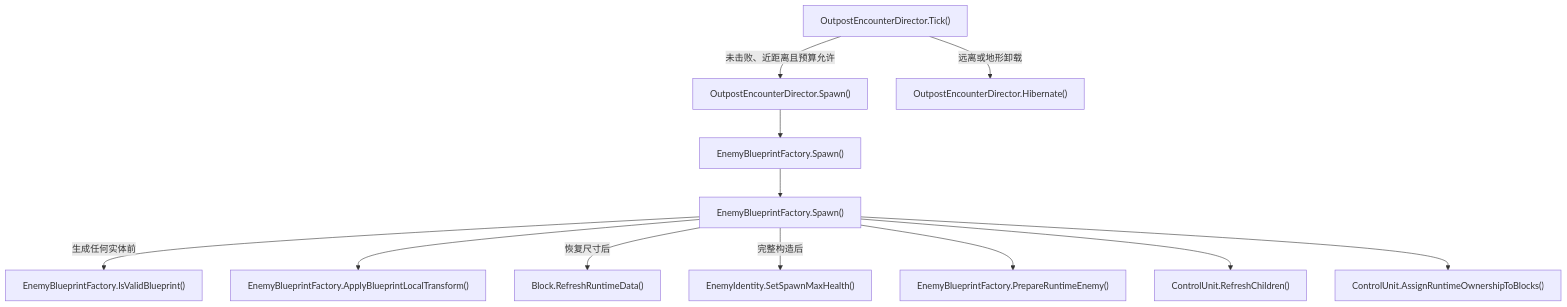
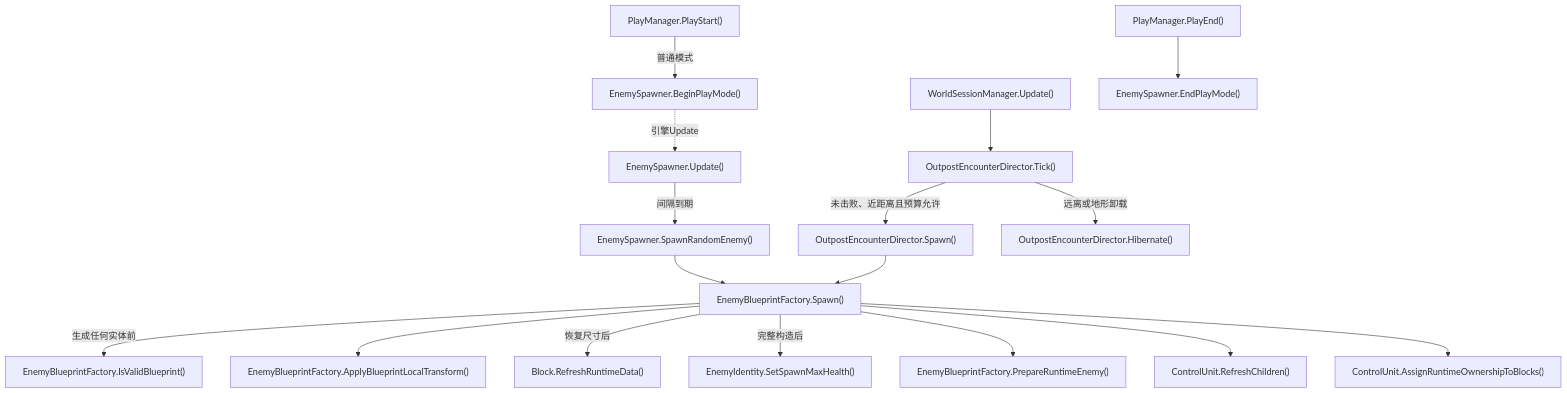
Before and after one commit to kukudia/HY-Sandbox: diagram 27 of 30 in Docs/RuntimeFlow.md, drawn with Mermaid. The commit also changed other lines of this file and 9 other files, not shown here.

````diff
--- a/Docs/RuntimeFlow.md
+++ b/Docs/RuntimeFlow.md
@@ -2444,38 +2444,55 @@
 ```mermaid
 flowchart TD
-    A["OutpostEncounterDirector.Tick()"]
-    click A "../Assets/Scripts/Features/World/OutpostEncounterDirector.cs#L51" "打开源码"
-    B["OutpostEncounterDirector.Spawn()"]
-    click B "../Assets/Scripts/Features/World/OutpostEncounterDirector.cs#L170" "打开源码"
-    C["EnemyBlueprintFactory.IsValidBlueprint()"]
-    click C "../Assets/Scripts/Features/Combat/EnemyBlueprintFactory.cs#L8" "打开源码"
-    D["EnemyBlueprintFactory.Spawn()"]
-    click D "../Assets/Scripts/Features/Combat/EnemyBlueprintFactory.cs#L41" "打开源码"
-    E["EnemyBlueprintFactory.Spawn()"]
-    click E "../Assets/Scripts/Features/Combat/EnemyBlueprintFactory.cs#L41" "打开源码"
-    F["EnemyBlueprintFactory.ApplyBlueprintLocalTransform()"]
-    click F "../Assets/Scripts/Features/Combat/EnemyBlueprintFactory.cs#L148" "打开源码"
-    G["Block.RefreshRuntimeData()"]
-    click G "../Assets/Scripts/Features/Simulation/Block.cs#L123" "打开源码"
-    H["EnemyBlueprintFactory.PrepareRuntimeEnemy()"]
-    click H "../Assets/Scripts/Features/Combat/EnemyBlueprintFactory.cs#L210" "打开源码"
-    I["ControlUnit.RefreshChildren()"]
-    click I "../Assets/Scripts/Features/Simulation/ControlUnit.cs#L159" "打开源码"
-    J["ControlUnit.AssignRuntimeOwnershipToBlocks()"]
-    click J "../Assets/Scripts/Features/Simulation/ControlUnit.cs#L209" "打开源码"
-    K["EnemyIdentity.SetSpawnMaxHealth()"]
-    click K "../Assets/Scripts/Features/Combat/EnemyIdentity.cs#L31" "打开源码"
-    L["OutpostEncounterDirector.Hibernate()"]
-    click L "../Assets/Scripts/Features/World/OutpostEncounterDirector.cs#L293" "打开源码"
-    A -->|未击败、近距离且预算允许| B
-    B --> D
-    A -->|远离或地形卸载| L
-    D --> E
-    E -->|生成任何实体前| C
+    A["PlayManager.PlayStart()"]
+    click A "../Assets/Scripts/Features/Simulation/PlayManager.cs#L87" "打开源码"
+    B["EnemySpawner.BeginPlayMode()"]
+    click B "../Assets/Scripts/Features/Combat/EnemySpawner.cs#L41" "打开源码"
+    C["EnemySpawner.Update()"]
+    click C "../Assets/Scripts/Features/Combat/EnemySpawner.cs#L26" "打开源码"
+    D["EnemySpawner.SpawnRandomEnemy()"]
+    click D "../Assets/Scripts/Features/Combat/EnemySpawner.cs#L110" "打开源码"
+    E["WorldSessionManager.Update()"]
+    click E "../Assets/Scripts/Features/World/WorldSessionManager.cs#L415" "打开源码"
+    F["OutpostEncounterDirector.Tick()"]
+    click F "../Assets/Scripts/Features/World/OutpostEncounterDirector.cs#L51" "打开源码"
+    G["OutpostEncounterDirector.Spawn()"]
+    click G "../Assets/Scripts/Features/World/OutpostEncounterDirector.cs#L170" "打开源码"
+    H["EnemyBlueprintFactory.IsValidBlueprint()"]
+    click H "../Assets/Scripts/Features/Combat/EnemyBlueprintFactory.cs#L8" "打开源码"
+    I["EnemyBlueprintFactory.Spawn()"]
+    click I "../Assets/Scripts/Features/Combat/EnemyBlueprintFactory.cs#L41" "打开源码"
+    J["EnemyBlueprintFactory.ApplyBlueprintLocalTransform()"]
+    click J "../Assets/Scripts/Features/Combat/EnemyBlueprintFactory.cs#L148" "打开源码"
+    K["Block.RefreshRuntimeData()"]
+    click K "../Assets/Scripts/Features/Simulation/Block.cs#L123" "打开源码"
+    L["EnemyBlueprintFactory.PrepareRuntimeEnemy()"]
+    click L "../Assets/Scripts/Features/Combat/EnemyBlueprintFactory.cs#L210" "打开源码"
+    M["ControlUnit.RefreshChildren()"]
+    click M "../Assets/Scripts/Features/Simulation/ControlUnit.cs#L159" "打开源码"
+    N["ControlUnit.AssignRuntimeOwnershipToBlocks()"]
+    click N "../Assets/Scripts/Features/Simulation/ControlUnit.cs#L209" "打开源码"
+    O["EnemyIdentity.SetSpawnMaxHealth()"]
+    click O "../Assets/Scripts/Features/Combat/EnemyIdentity.cs#L31" "打开源码"
+    P["OutpostEncounterDirector.Hibernate()"]
+    click P "../Assets/Scripts/Features/World/OutpostEncounterDirector.cs#L293" "打开源码"
+    Q["PlayManager.PlayEnd()"]
+    click Q "../Assets/Scripts/Features/Simulation/PlayManager.cs#L268" "打开源码"
+    R["EnemySpawner.EndPlayMode()"]
+    click R "../Assets/Scripts/Features/Combat/EnemySpawner.cs#L57" "打开源码"
+    A -->|普通模式| B
+    B -.->|引擎Update| C
+    C -->|间隔到期| D
+    D --> I
     E --> F
-    E -->|恢复尺寸后| G
-    E -->|完整构造后| K
-    E --> H
-    E --> I
-    E --> J
+    F -->|未击败、近距离且预算允许| G
+    F -->|远离或地形卸载| P
+    G --> I
+    I -->|生成任何实体前| H
+    I --> J
+    I -->|恢复尺寸后| K
+    I -->|完整构造后| O
+    I --> L
+    I --> M
+    I --> N
+    Q --> R
 ```
````
